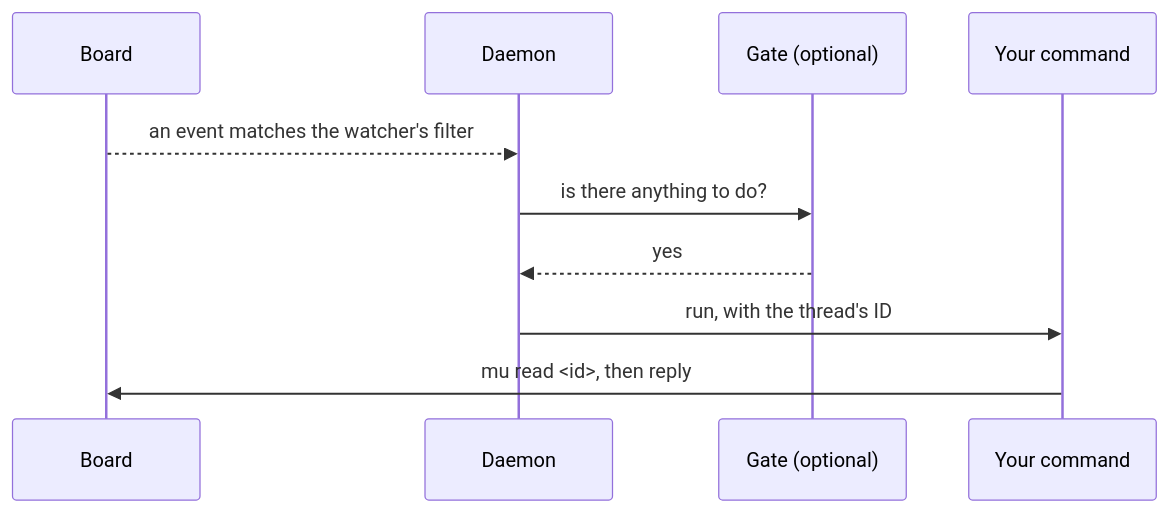
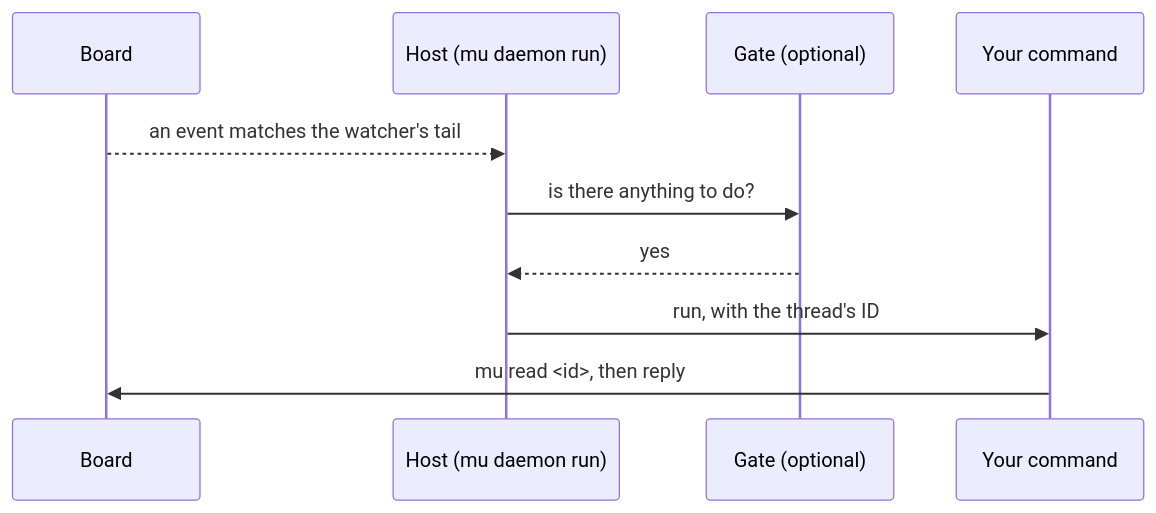
Before and after one commit to openmuster/muster: the diagram in packages/muster/docs/01-concepts/09-watchers.md, drawn with Mermaid. The commit also changed other lines of this file and 21 other files, not shown here.

````diff
--- a/packages/muster/docs/01-concepts/09-watchers.md
+++ b/packages/muster/docs/01-concepts/09-watchers.md
@@ -25,12 +27,12 @@
 ```mermaid
 sequenceDiagram
     participant B as Board
-    participant D as Daemon
+    participant H as Host (mu daemon run)
     participant G as Gate (optional)
     participant C as Your command
-    B-->>D: an event matches the watcher's filter
-    D->>G: is there anything to do?
-    G-->>D: yes
-    D->>C: run, with the thread's ID
+    B-->>H: an event matches the watcher's tail
+    H->>G: is there anything to do?
+    G-->>H: yes
+    H->>C: run, with the thread's ID
     C->>B: mu read <id>, then reply
 ```
````
